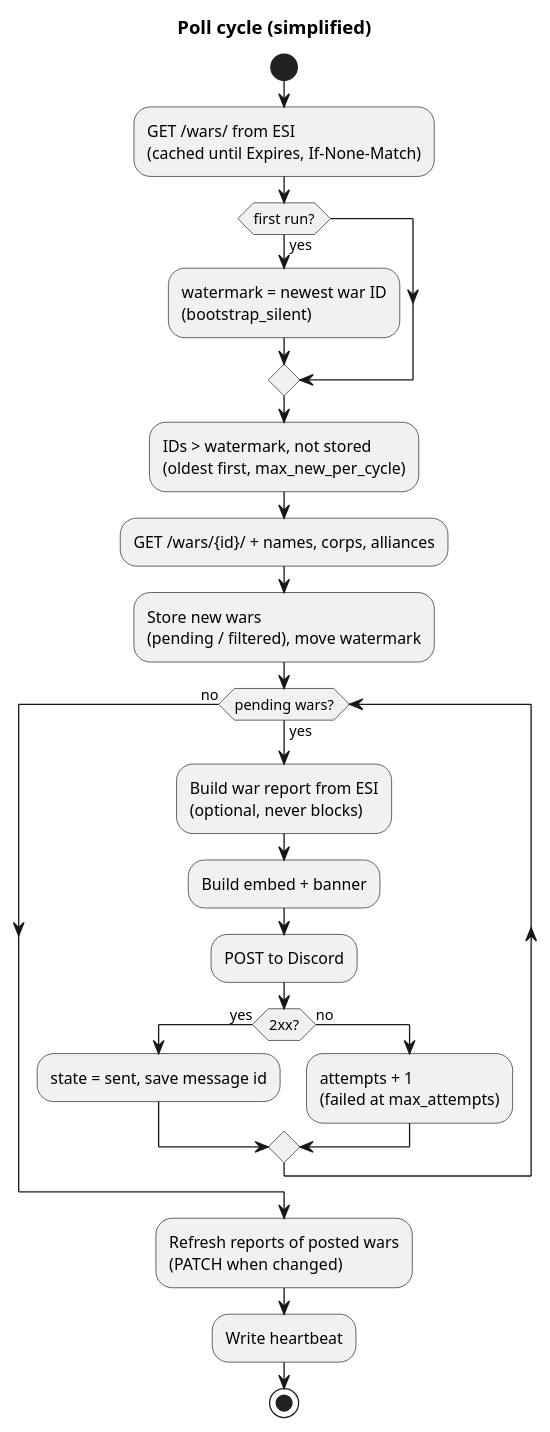
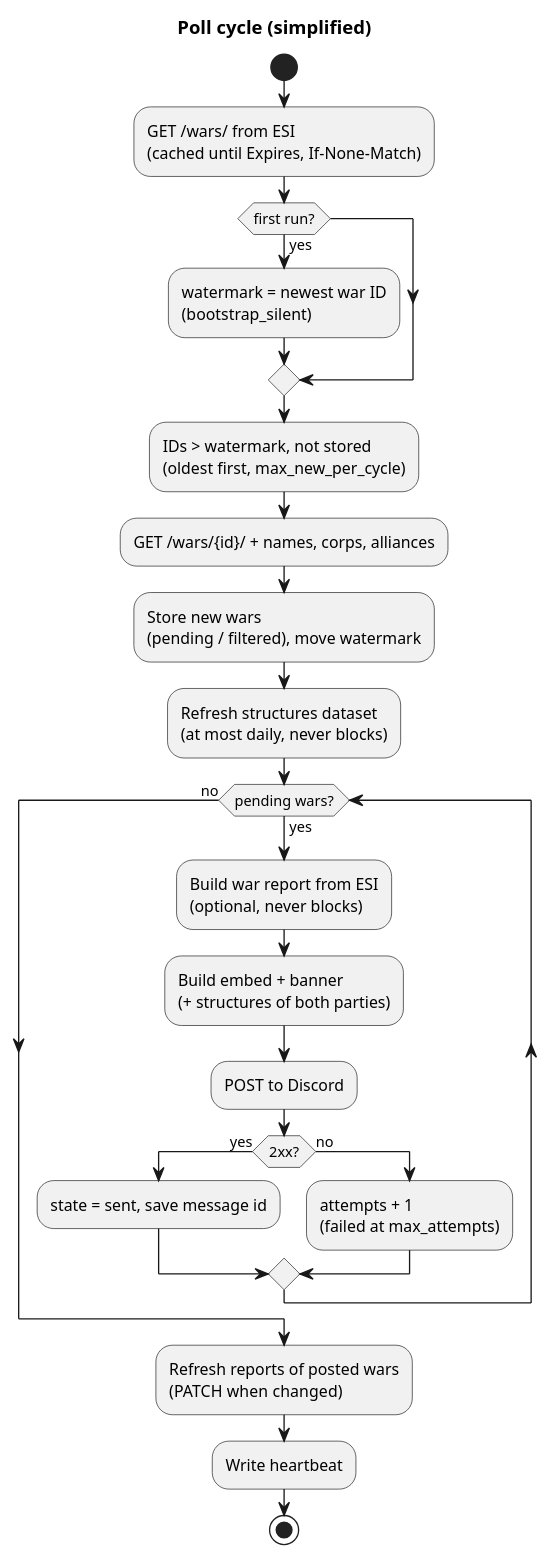
One commit to Headruner/eve-war-bot changed the second of 3 diagrams in docs/wiki/02-FRD.md. Above: the diagram before and after it, drawn with PlantUML. The commit also changed other lines of this file and 52 other files, not shown here.

````diff
--- a/docs/wiki/02-FRD.md
+++ b/docs/wiki/02-FRD.md
@@ -56,26 +58,27 @@
 ```plantuml
 @startuml
 title Poll cycle (simplified)
 start
 :GET /wars/ from ESI\n(cached until Expires, If-None-Match);
 if (first run?) then (yes)
   :watermark = newest war ID\n(bootstrap_silent) ;
 endif
 :IDs > watermark, not stored\n(oldest first, max_new_per_cycle);
 :GET /wars/{id}/ + names, corps, alliances;
 :Store new wars\n(pending / filtered), move watermark;
+:Refresh structures dataset\n(at most daily, never blocks);
 while (pending wars?) is (yes)
   :Build war report from ESI\n(optional, never blocks);
-  :Build embed + banner;
+  :Build embed + banner\n(+ structures of both parties);
   :POST to Discord;
   if (2xx?) then (yes)
     :state = sent, save message id;
   else (no)
     :attempts + 1\n(failed at max_attempts);
   endif
 endwhile (no)
 :Refresh reports of posted wars\n(PATCH when changed);
 :Write heartbeat;
 stop
 @enduml
 ```
````
